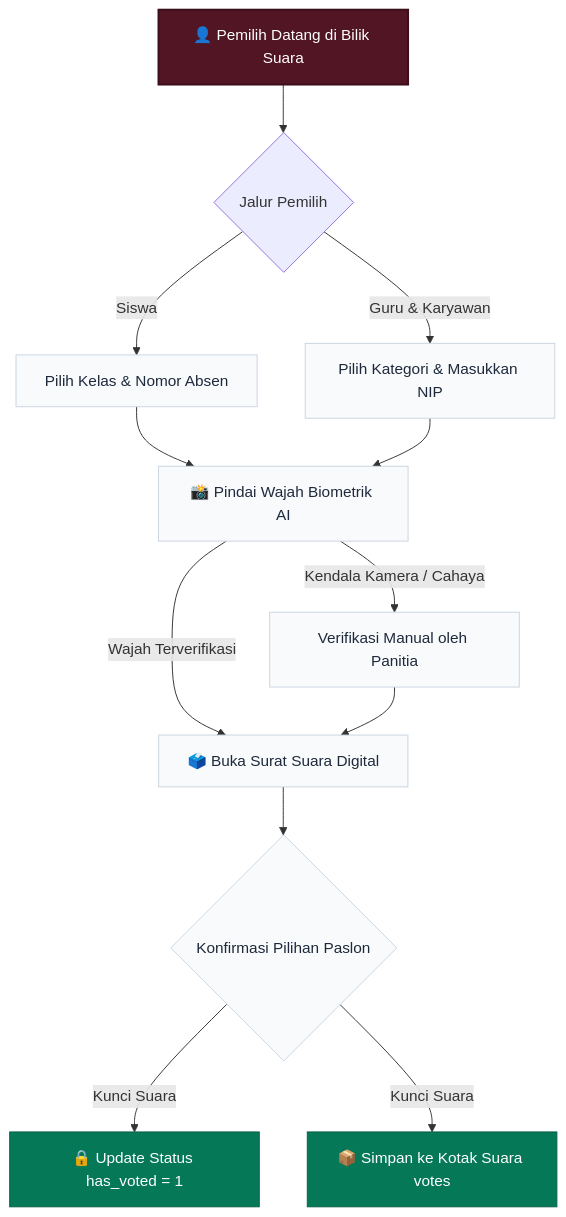
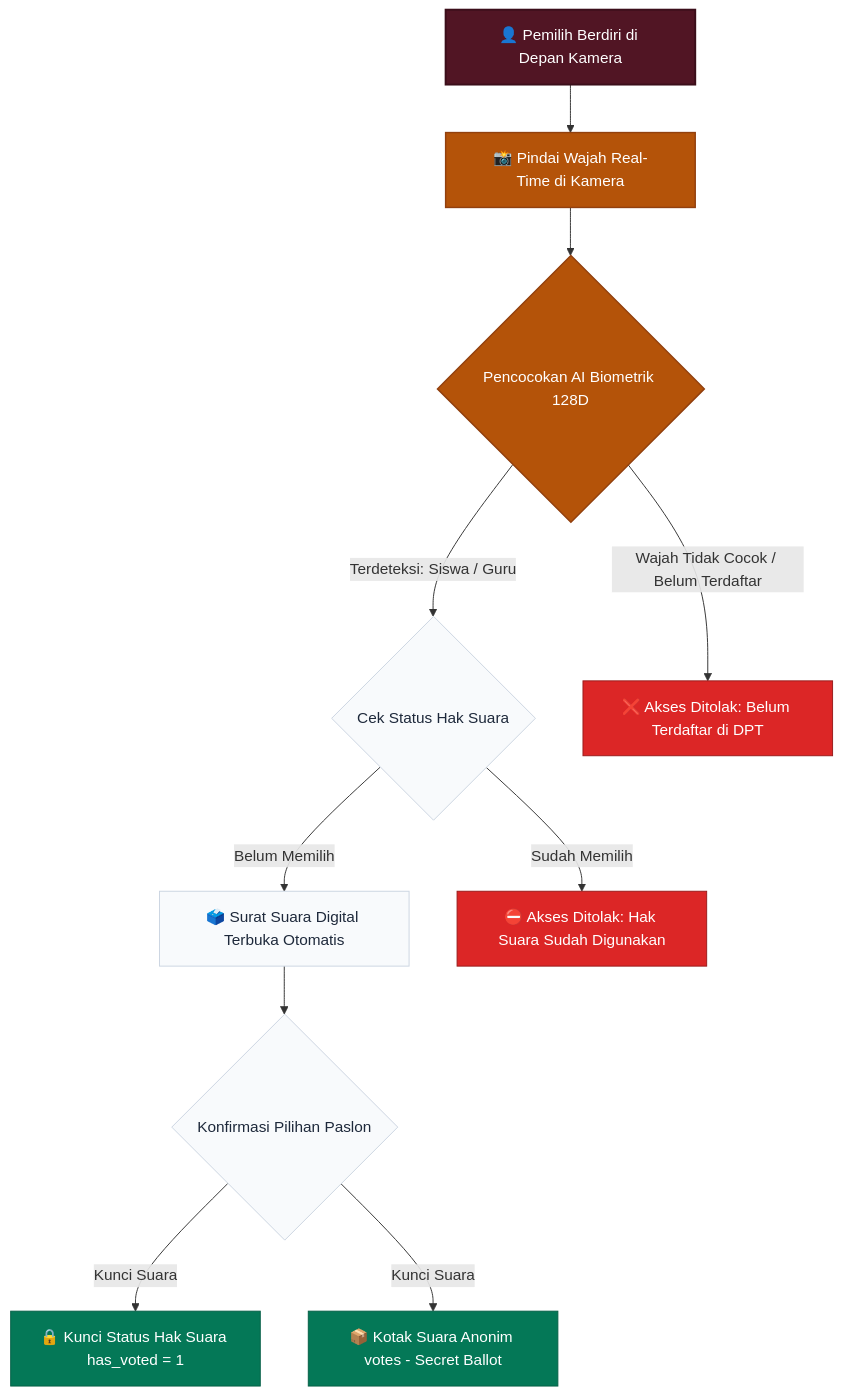
Before and after one commit to Nozella-Alexiee/e-pilketos: the diagram in README.md, drawn with Mermaid.

Commit message:
docs: streamline Mermaid flow to strict biometric authentication

````diff
--- a/README.md
+++ b/README.md
@@ -66,21 +66,21 @@
 ```mermaid
 flowchart TD
     classDef user fill:#511524,stroke:#3b0e1a,stroke-width:2px,color:#fff;
     classDef process fill:#f8fafc,stroke:#cbd5e1,stroke-width:1px,color:#1e293b;
+    classDef ai fill:#b45309,stroke:#92400e,stroke-width:1.5px,color:#fff;
     classDef secure fill:#047857,stroke:#065f46,stroke-width:1px,color:#fff;
+    classDef danger fill:#dc2626,stroke:#991b1b,stroke-width:1px,color:#fff;
 
-    A[👤 Pemilih Datang di Bilik Suara]:::user --> B{Jalur Pemilih}
-    B -->|Siswa| C[Pilih Kelas & Nomor Absen]:::process
-    B -->|Guru & Karyawan| D[Pilih Kategori & Masukkan NIP]:::process
-
-    C --> E[📸 Pindai Wajah Biometrik AI]:::process
-    D --> E
-
-    E -->|Wajah Terverifikasi| F[🗳️ Buka Surat Suara Digital]:::process
-    E -->|Kendala Kamera / Cahaya| G[Verifikasi Manual oleh Panitia]:::process
-    G --> F
+    A[👤 Pemilih Berdiri di Depan Kamera]:::user --> B[📸 Pindai Wajah Real-Time di Kamera]:::ai
+    B --> C{Pencocokan AI Biometrik 128D}:::ai
+    
+    C -->|Terdeteksi: Siswa / Guru| D{Cek Status Hak Suara}:::process
+    C -->|Wajah Tidak Cocok / Belum Terdaftar| E[❌ Akses Ditolak: Belum Terdaftar di DPT]:::danger
+    
+    D -->|Belum Memilih| F[🗳️ Surat Suara Digital Terbuka Otomatis]:::process
+    D -->|Sudah Memilih| G[⛔ Akses Ditolak: Hak Suara Sudah Digunakan]:::danger
 
     F --> H{Konfirmasi Pilihan Paslon}:::process
-    H -->|Kunci Suara| I[🔒 Update Status has_voted = 1]:::secure
-    H -->|Kunci Suara| J[📦 Simpan ke Kotak Suara votes]:::secure
+    H -->|Kunci Suara| I[🔒 Kunci Status Hak Suara has_voted = 1]:::secure
+    H -->|Kunci Suara| J[📦 Kotak Suara Anonim votes - Secret Ballot]:::secure
 ```
````
